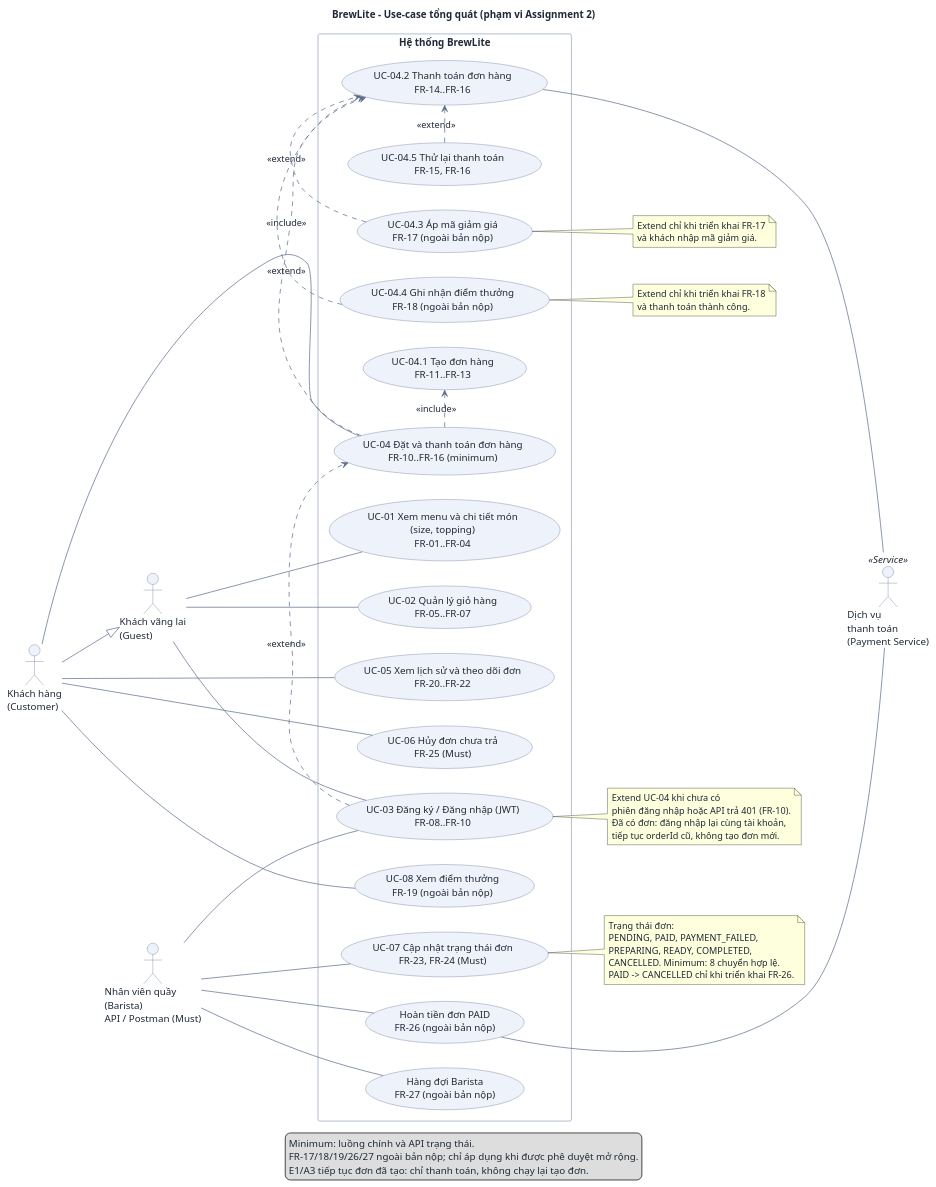
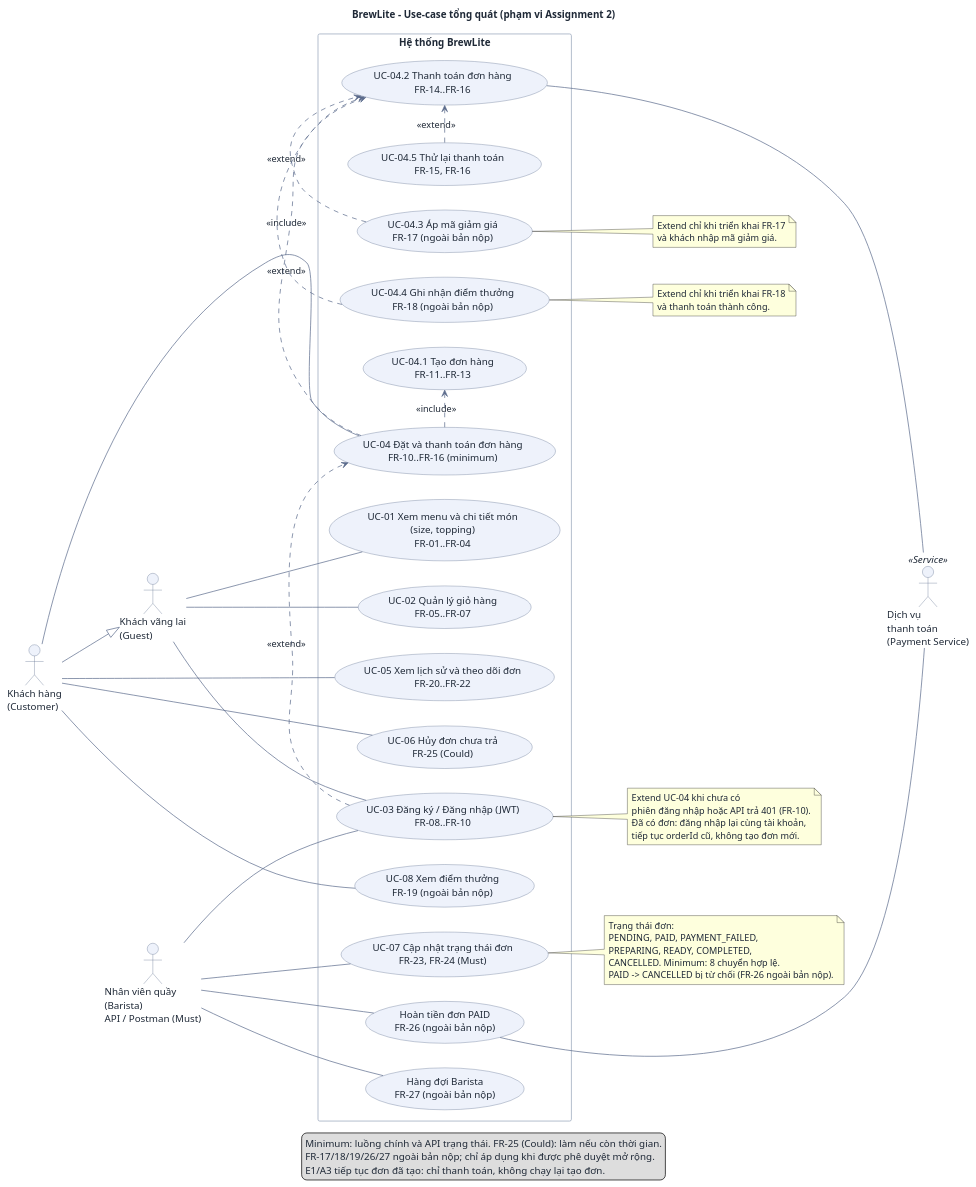
One commit to DuVinhLoi/BrewLite changed the diagram in docs/requirements/use-case-overview.puml. Above: the diagram before and after it, drawn with PlantUML. The commit also changed 6 other files, not shown here.

```diff
--- a/docs/requirements/use-case-overview.puml
+++ b/docs/requirements/use-case-overview.puml
@@ -1,100 +1,100 @@
 @startuml use-case-overview
 ' BrewLite A2 - Use-case diagram tong quat (de A2 3.2 muc 5). Nguon: docs/requirements/srs.md muc 2.
 skinparam DefaultFontColor #1f2937
 skinparam ArrowColor #5b6b8c
 skinparam ArrowFontColor #1f2937
 skinparam PackageBackgroundColor #f8fafc
 skinparam PackageBorderColor #94a3b8
 skinparam RectangleBackgroundColor #ffffff
 skinparam RectangleBorderColor #94a3b8
 skinparam ActorBackgroundColor #eef2fb
 skinparam ActorBorderColor #5b6b8c
 skinparam UsecaseBackgroundColor #eef2fb
 skinparam UsecaseBorderColor #5b6b8c
 skinparam Shadowing false
 
 left to right direction
 
 title BrewLite - Use-case tổng quát (phạm vi Assignment 2)
 
 actor "Khách vãng lai\n(Guest)" as Guest
 actor "Khách hàng\n(Customer)" as Customer
 actor "Nhân viên quầy\n(Barista)\nAPI / Postman (Must)" as Barista
 actor "Dịch vụ\nthanh toán\n(Payment Service)" as Pay <<Service>>
 
 Customer --|> Guest
 
 rectangle "Hệ thống BrewLite" {
   usecase "UC-01 Xem menu và chi tiết món\n(size, topping)\nFR-01..FR-04" as UC01
   usecase "UC-02 Quản lý giỏ hàng\nFR-05..FR-07" as UC02
   usecase "UC-03 Đăng ký / Đăng nhập (JWT)\nFR-08..FR-10" as UC03
   usecase "UC-04 Đặt và thanh toán đơn hàng\nFR-10..FR-16 (minimum)" as UC04
   usecase "UC-04.1 Tạo đơn hàng\nFR-11..FR-13" as UC041
   usecase "UC-04.2 Thanh toán đơn hàng\nFR-14..FR-16" as UC042
   usecase "UC-04.3 Áp mã giảm giá\nFR-17 (ngoài bản nộp)" as UC043
   usecase "UC-04.4 Ghi nhận điểm thưởng\nFR-18 (ngoài bản nộp)" as UC044
   usecase "UC-04.5 Thử lại thanh toán\nFR-15, FR-16" as UC045
   usecase "UC-05 Xem lịch sử và theo dõi đơn\nFR-20..FR-22" as UC05
-  usecase "UC-06 Hủy đơn chưa trả\nFR-25 (Must)" as UC06
+  usecase "UC-06 Hủy đơn chưa trả\nFR-25 (Could)" as UC06
   usecase "UC-07 Cập nhật trạng thái đơn\nFR-23, FR-24 (Must)" as UC07
   usecase "Hoàn tiền đơn PAID\nFR-26 (ngoài bản nộp)" as Refund
   usecase "Hàng đợi Barista\nFR-27 (ngoài bản nộp)" as Queue
   usecase "UC-08 Xem điểm thưởng\nFR-19 (ngoài bản nộp)" as UC08
 }
 
 Guest --- UC01
 Guest --- UC02
 Guest --- UC03
 
 Customer --- UC04
 Customer --- UC05
 Customer --- UC06
 Customer --- UC08
 
 Barista --- UC03
 Barista --- UC07
 Barista --- Refund
 Barista --- Queue
 
 UC04 .> UC041 : <<include>>
 UC04 .> UC042 : <<include>>
 UC043 .> UC042 : <<extend>>
 UC044 .> UC042 : <<extend>>
 UC045 .> UC042 : <<extend>>
 UC03 .> UC04 : <<extend>>
 
 UC042 --- Pay
 Refund --- Pay
 
 note right of UC03
   Extend UC-04 khi chưa có
   phiên đăng nhập hoặc API trả 401 (FR-10).
   Đã có đơn: đăng nhập lại cùng tài khoản,
   tiếp tục orderId cũ, không tạo đơn mới.
 end note
 
 note right of UC07
   Trạng thái đơn:
   PENDING, PAID, PAYMENT_FAILED,
   PREPARING, READY, COMPLETED,
   CANCELLED. Minimum: 8 chuyển hợp lệ.
-  PAID -> CANCELLED chỉ khi triển khai FR-26.
+  PAID -> CANCELLED bị từ chối (FR-26 ngoài bản nộp).
 end note
 
 note right of UC043
   Extend chỉ khi triển khai FR-17
   và khách nhập mã giảm giá.
 end note
 
 note right of UC044
   Extend chỉ khi triển khai FR-18
   và thanh toán thành công.
 end note
 
 legend bottom
-  Minimum: luồng chính và API trạng thái.
+  Minimum: luồng chính và API trạng thái. FR-25 (Could): làm nếu còn thời gian.
   FR-17/18/19/26/27 ngoài bản nộp; chỉ áp dụng khi được phê duyệt mở rộng.
   E1/A3 tiếp tục đơn đã tạo: chỉ thanh toán, không chạy lại tạo đơn.
 endlegend
 
 @enduml
```
